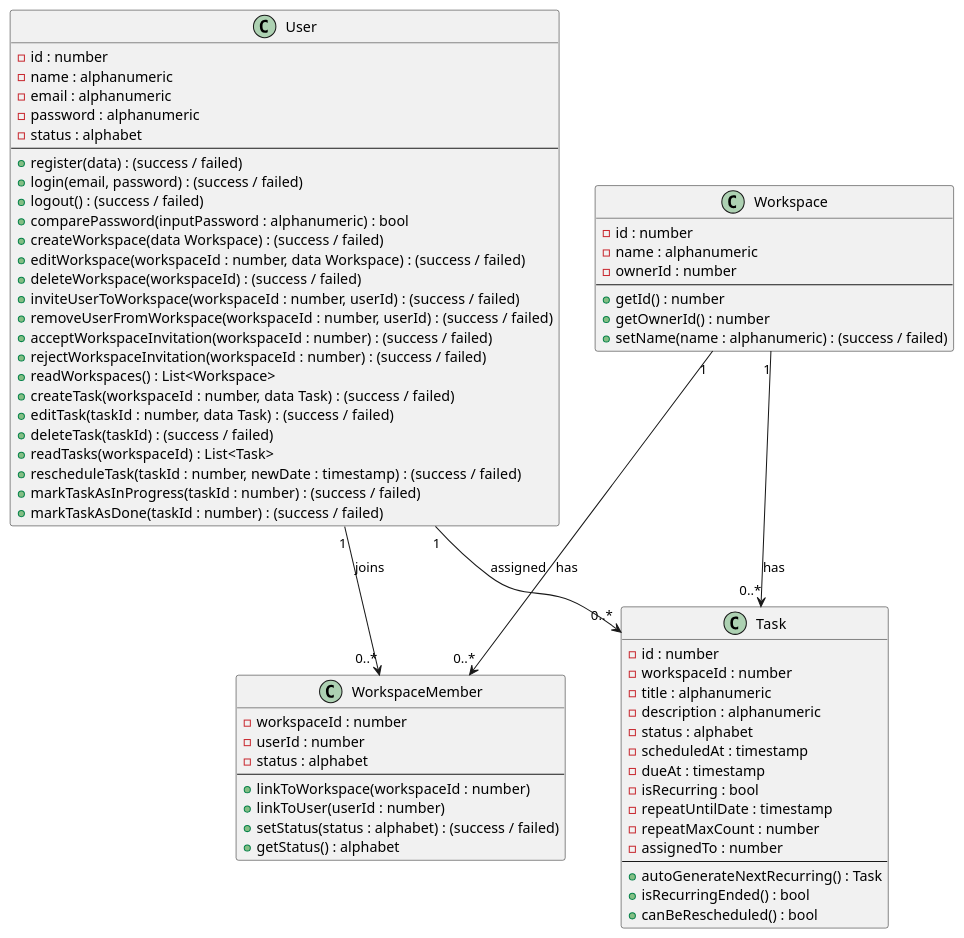
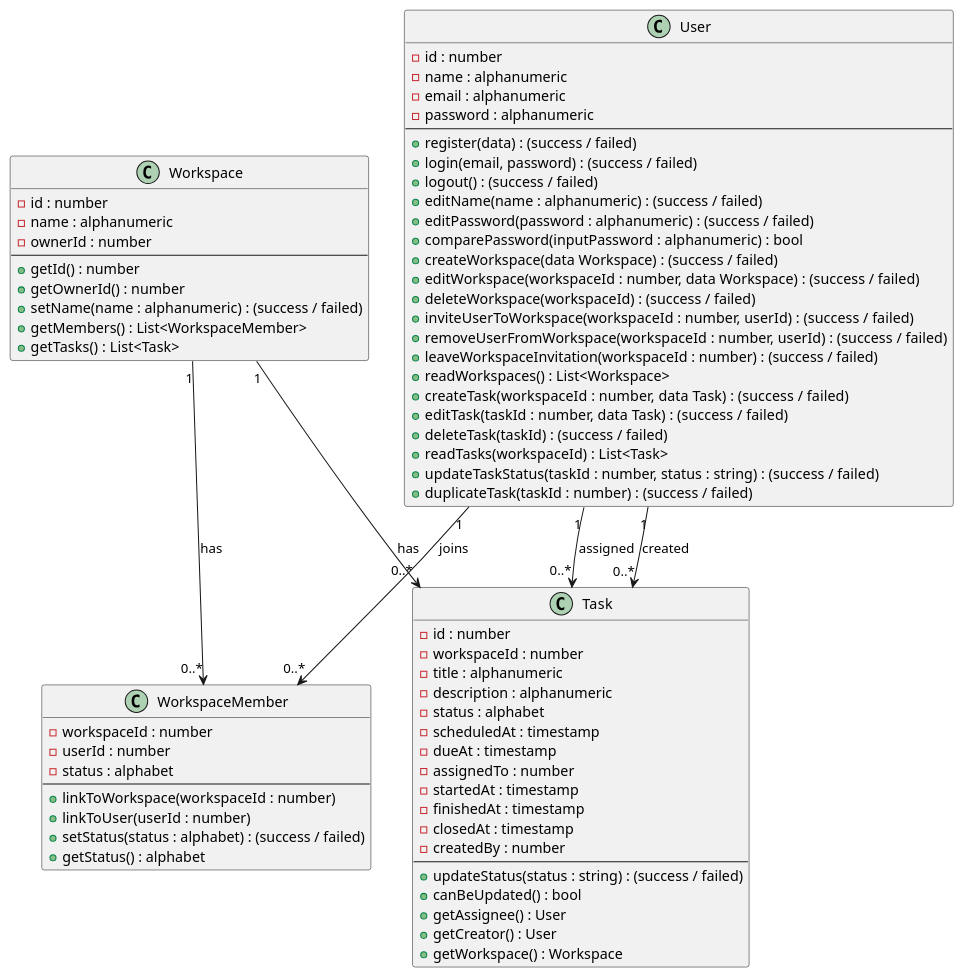
Before and after one commit to davidimannuel/uwika_task_tracker: the diagram in docs/class_diagram.puml, drawn with PlantUML. The commit also changed 58 other files, not shown here.

```diff
--- a/docs/class_diagram.puml
+++ b/docs/class_diagram.puml
@@ -8,76 +8,81 @@
 @startuml task_tracker
 
 class User {
     - id : number
     - name : alphanumeric
     - email : alphanumeric
     - password : alphanumeric
-    - status : alphabet
     --
     + register(data) : (success / failed)
     + login(email, password) : (success / failed)
     + logout() : (success / failed)
+    + editName(name : alphanumeric) : (success / failed)
+    + editPassword(password : alphanumeric) : (success / failed)
     + comparePassword(inputPassword : alphanumeric) : bool
     + createWorkspace(data Workspace) : (success / failed)
     + editWorkspace(workspaceId : number, data Workspace) : (success / failed)
     + deleteWorkspace(workspaceId) : (success / failed)
     + inviteUserToWorkspace(workspaceId : number, userId) : (success / failed)
     + removeUserFromWorkspace(workspaceId : number, userId) : (success / failed)
-    + acceptWorkspaceInvitation(workspaceId : number) : (success / failed)
-    + rejectWorkspaceInvitation(workspaceId : number) : (success / failed)
+    + leaveWorkspaceInvitation(workspaceId : number) : (success / failed)
     + readWorkspaces() : List<Workspace>
     + createTask(workspaceId : number, data Task) : (success / failed)
     + editTask(taskId : number, data Task) : (success / failed)
     + deleteTask(taskId) : (success / failed)
     + readTasks(workspaceId) : List<Task>
-    + rescheduleTask(taskId : number, newDate : timestamp) : (success / failed)
-    + markTaskAsInProgress(taskId : number) : (success / failed)
-    + markTaskAsDone(taskId : number) : (success / failed)
+    + updateTaskStatus(taskId : number, status : string) : (success / failed)
+    + duplicateTask(taskId : number) : (success / failed)
 }
 
 class Workspace {
     - id : number
     - name : alphanumeric
     - ownerId : number
     --
     + getId() : number
     + getOwnerId() : number
     + setName(name : alphanumeric) : (success / failed)
+    + getMembers() : List<WorkspaceMember>
+    + getTasks() : List<Task>
 }
 
 class WorkspaceMember {
     - workspaceId : number
     - userId : number
     - status : alphabet
     --
     + linkToWorkspace(workspaceId : number)
     + linkToUser(userId : number)
     + setStatus(status : alphabet) : (success / failed)
     + getStatus() : alphabet
 }
 
 Workspace "1" --> "0..*" WorkspaceMember : has
 User "1" --> "0..*" WorkspaceMember : joins
 
 class Task {
     - id : number
     - workspaceId : number
     - title : alphanumeric
     - description : alphanumeric
     - status : alphabet
     - scheduledAt : timestamp
     - dueAt : timestamp
-    - isRecurring : bool
-    - repeatUntilDate : timestamp
-    - repeatMaxCount : number
     - assignedTo : number
+    - startedAt : timestamp
+    - finishedAt : timestamp
+    - closedAt : timestamp
+    - createdBy : number
     --
-    + autoGenerateNextRecurring() : Task
-    + isRecurringEnded() : bool
-    + canBeRescheduled() : bool
+    + updateStatus(status : string) : (success / failed)
+    + canBeUpdated() : bool
+    + getAssignee() : User
+    + getCreator() : User
+    + getWorkspace() : Workspace
 }
 
 Workspace "1" --> "0..*" Task : has
 User "1" --> "0..*" Task : assigned
+User "1" --> "0..*" Task : created
 
 @enduml
```
